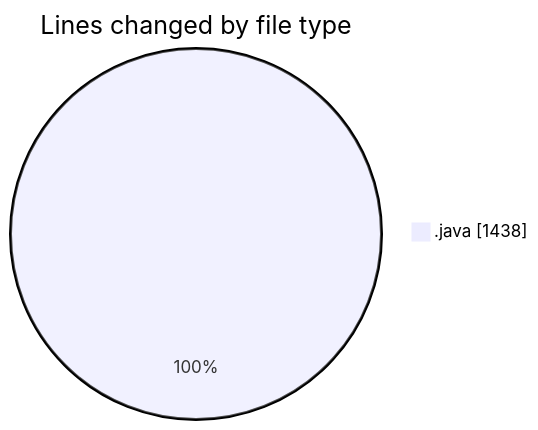
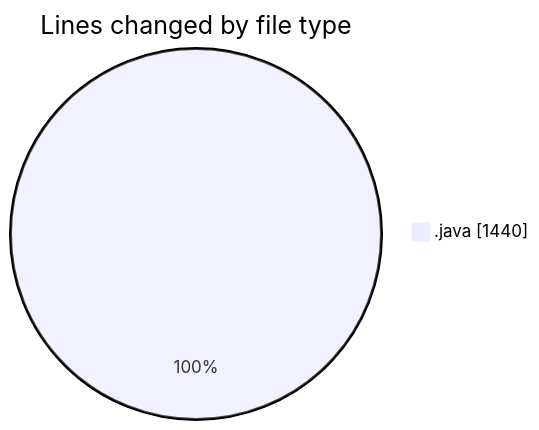
One commit to ricardozamudiocil/code-tracking changed the first of 2 diagrams in 2026-04-23/cilapp/README.md. Above: the diagram before and after it, drawn with Mermaid. The commit also changed other lines of this file and 1 other file, not shown here.

````diff
--- a/2026-04-23/cilapp/README.md
+++ b/2026-04-23/cilapp/README.md
@@ -23,5 +25,5 @@
 ```mermaid
 pie showData
 title Lines changed by file type
-".java" : 1438
+".java" : 1440
 ```
````
